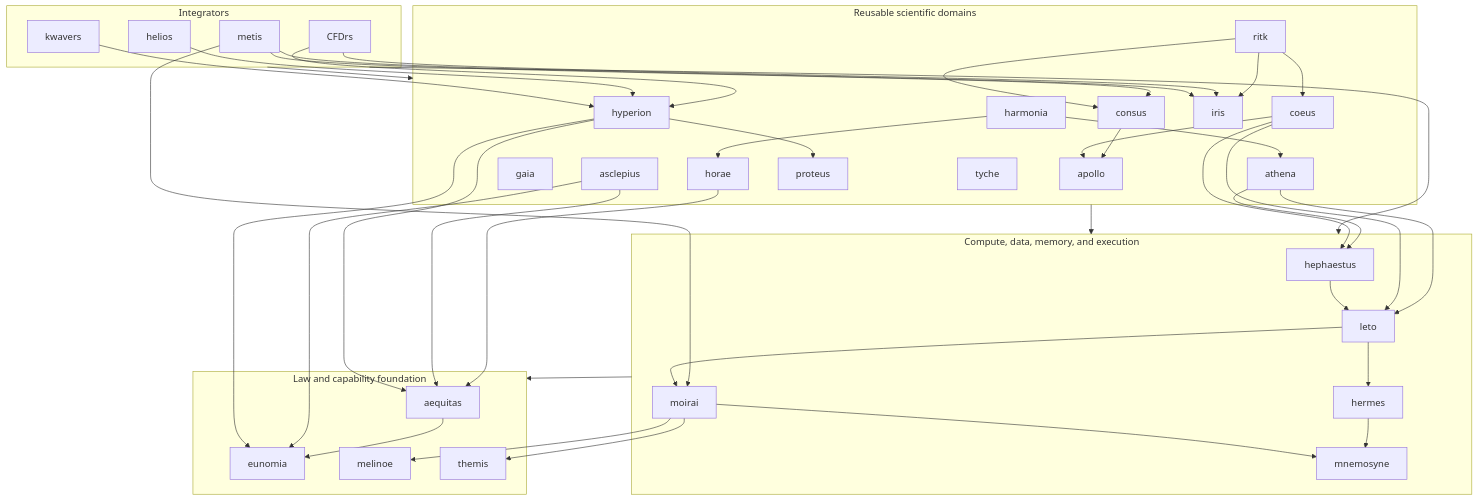
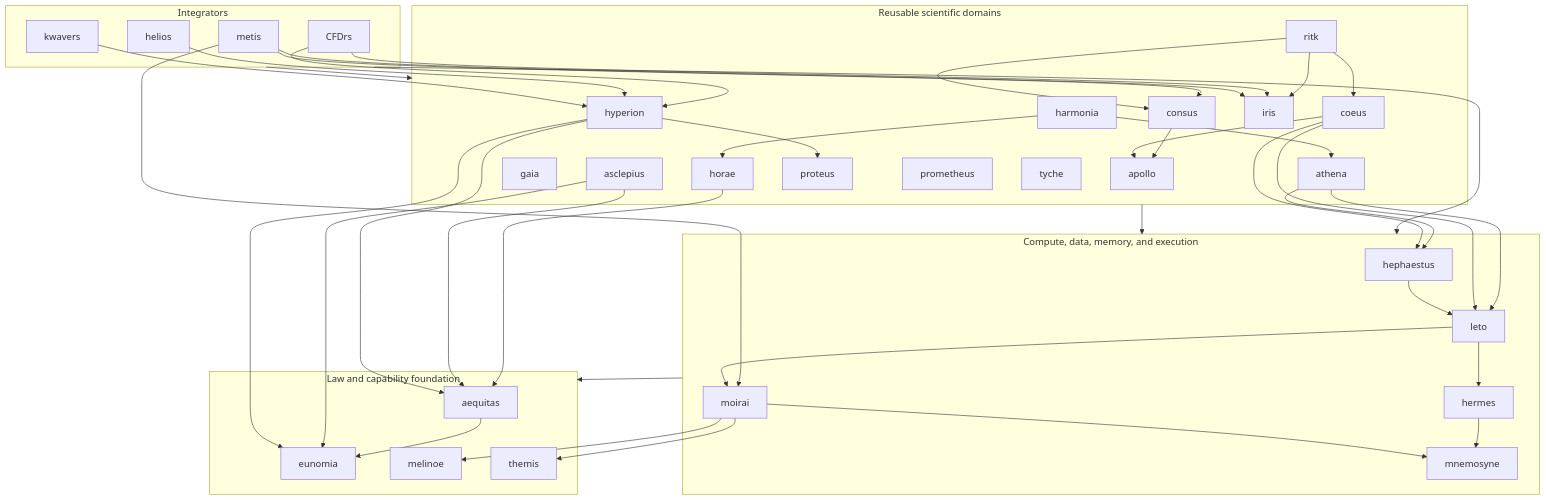
One commit to ryancinsight/atlas changed the diagram in README.md. Above: the diagram before and after it, drawn with Mermaid. The commit also changed other lines of this file and 14 other files, not shown here.

````diff
--- a/README.md
+++ b/README.md
@@ -150,77 +151,78 @@
 ```mermaid
 flowchart TB
     subgraph Integrators
         CFDrs
         helios
         kwavers
         metis
     end
 
     subgraph Domains["Reusable scientific domains"]
         apollo
         asclepius
         coeus
         consus
         gaia
         harmonia
         hyperion
         horae
         iris
         athena
         proteus
+        prometheus
         ritk
         tyche
     end
 
     subgraph Compute["Compute, data, memory, and execution"]
         hephaestus
         hermes
         leto
         mnemosyne
         moirai
     end
 
     subgraph Foundation["Law and capability foundation"]
         aequitas
         eunomia
         melinoe
         themis
     end
 
     Integrators --> Domains
     metis --> consus
     ritk --> consus
     consus --> apollo
     Integrators --> Compute
     Domains --> Compute
     Compute --> Foundation
     aequitas --> eunomia
     horae --> aequitas
     athena --> leto
     athena --> hephaestus
     harmonia --> horae
     harmonia --> athena
     asclepius --> aequitas
     asclepius --> eunomia
     hyperion --> aequitas
     hyperion --> eunomia
     hyperion --> proteus
     CFDrs --> hyperion
     helios --> hyperion
     kwavers --> hyperion
     ritk --> iris
     CFDrs --> iris
     metis --> iris
     metis --> moirai
     coeus --> apollo
     coeus --> leto
     coeus --> hephaestus
     ritk --> coeus
     hephaestus --> leto
     leto --> hermes
     leto --> moirai
     hermes --> mnemosyne
     moirai --> mnemosyne
     moirai --> melinoe
     moirai --> themis
 ```
````
